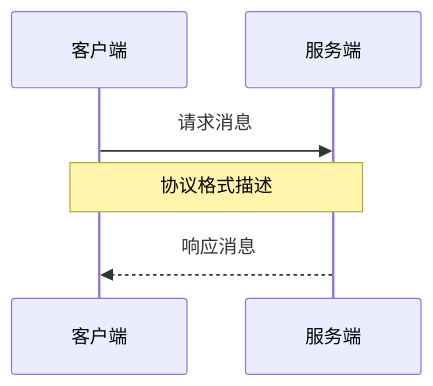
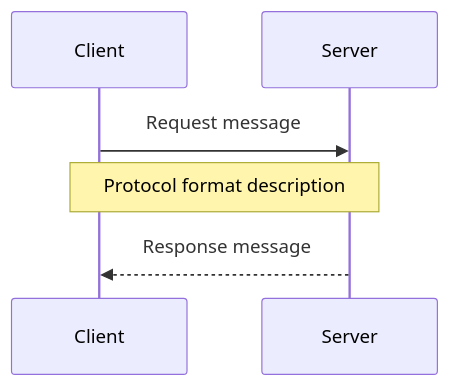
The ninth of 16 diagrams in TEMPLATE.md (mjczz/project-analyzer), drawn with Mermaid before and after one commit. The commit also changed other lines of this file and 8 other files, not shown here.

````diff
--- a/TEMPLATE.md
+++ b/TEMPLATE.md
@@ -409,9 +409,9 @@
 ```mermaid
 sequenceDiagram
-    participant Client as 客户端
-    participant Server as 服务端
+    participant Client as Client
+    participant Server as Server
 
-    Client->>Server: 请求消息
-    Note over Client,Server: 协议格式描述
-    Server-->>Client: 响应消息
+    Client->>Server: Request message
+    Note over Client,Server: Protocol format description
+    Server-->>Client: Response message
 ```
````
